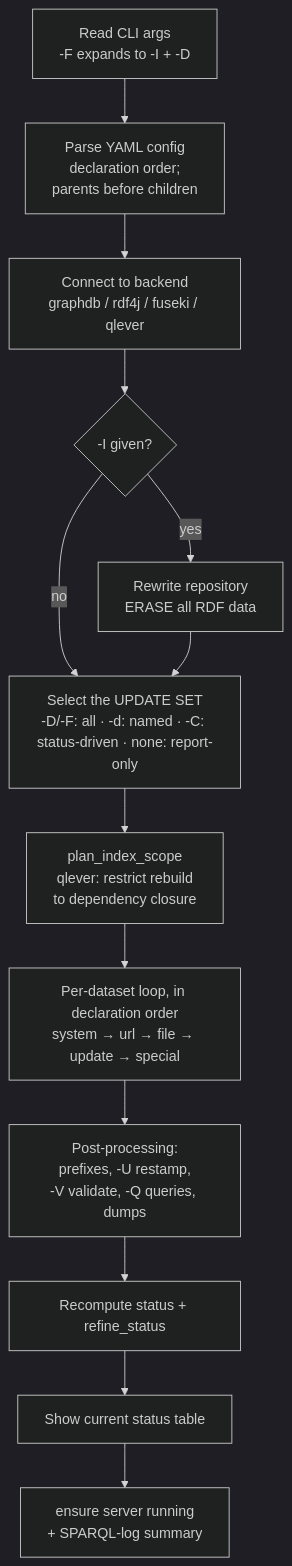
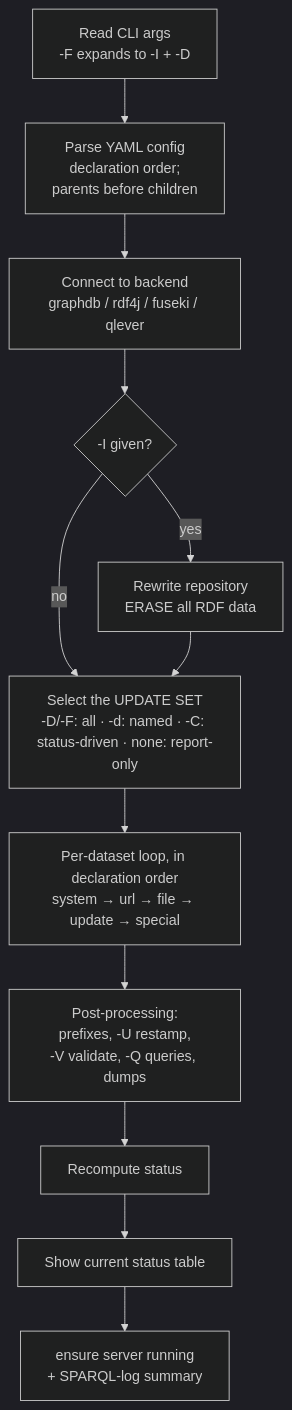
Before and after one commit to sib-swiss/kgsteward: the first of 2 diagrams in doc/execution_model.md, drawn with Mermaid (dark theme). The commit also changed 6 other files, not shown here.

````diff
--- a/doc/execution_model.md
+++ b/doc/execution_model.md
@@ -16,15 +16,14 @@
 ```mermaid
 flowchart TD
     A[Read CLI args<br/>-F expands to -I + -D] --> B[Parse YAML config<br/>declaration order;<br/>parents before children]
     B --> C[Connect to backend<br/>graphdb / rdf4j / fuseki / qlever]
     C --> D{-I given?}
     D -- yes --> E[Rewrite repository<br/>ERASE all RDF data]
     D -- no --> F
     E --> F[Select the UPDATE SET<br/>-D/-F: all · -d: named · -C: status-driven · none: report-only]
-    F --> G[plan_index_scope<br/>qlever: restrict rebuild<br/>to dependency closure]
-    G --> H[Per-dataset loop, in declaration order<br/>system → url → file → update → special]
+    F --> H[Per-dataset loop, in declaration order<br/>system → url → file → update → special]
     H --> I[Post-processing:<br/>prefixes, -U restamp,<br/>-V validate, -Q queries, dumps]
-    I --> J[Recompute status + refine_status]
+    I --> J[Recompute status]
     J --> K[Show current status table]
     K --> L[ensure server running<br/>+ SPARQL-log summary]
 ```
````
